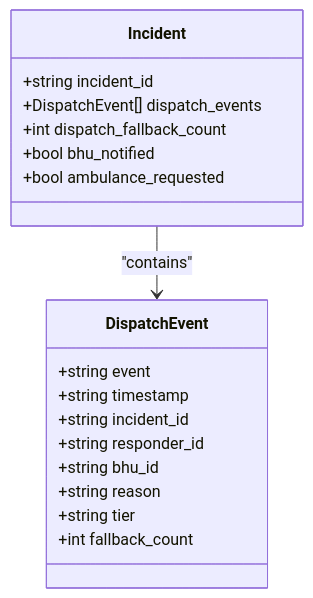
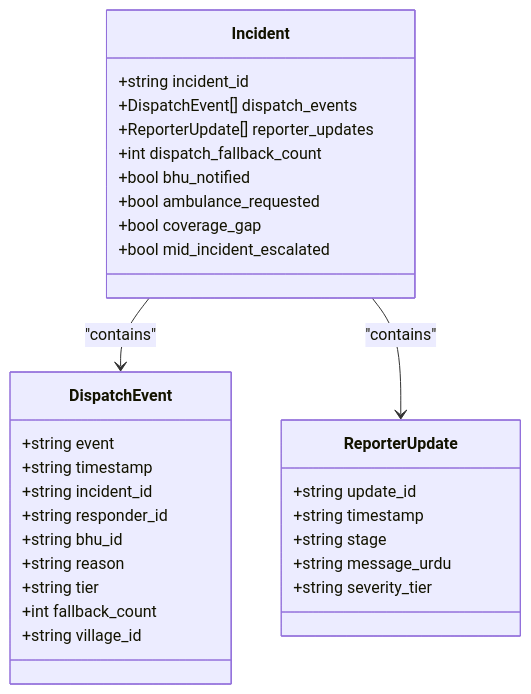
Before and after one commit to M-Rumman/LifeLine-Ride: the sixth of 9 diagrams in .qoder/repowiki/en/content/Matching & Dispatch Engine.md, drawn with Mermaid. The commit also changed other lines of this file and 4121 other files, not shown here.

````diff
--- a/.qoder/repowiki/en/content/Matching & Dispatch Engine.md
+++ b/.qoder/repowiki/en/content/Matching & Dispatch Engine.md
@@ -211,21 +276,33 @@
 ```mermaid
 classDiagram
 class DispatchEvent {
 +string event
 +string timestamp
 +string incident_id
 +string responder_id
 +string bhu_id
 +string reason
 +string tier
 +int fallback_count
++string village_id
+}
+class ReporterUpdate {
++string update_id
++string timestamp
++string stage
++string message_urdu
++string severity_tier
 }
 class Incident {
 +string incident_id
 +DispatchEvent[] dispatch_events
++ReporterUpdate[] reporter_updates
 +int dispatch_fallback_count
 +bool bhu_notified
 +bool ambulance_requested
++bool coverage_gap
++bool mid_incident_escalated
 }
 Incident --> DispatchEvent : "contains"
+Incident --> ReporterUpdate : "contains"
 ```
````
